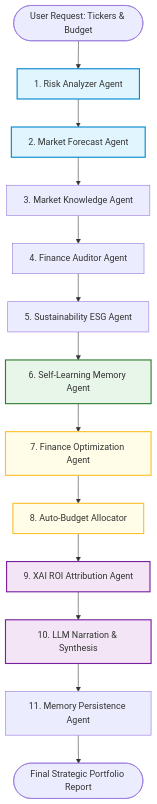
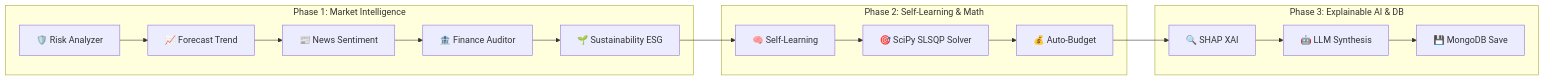
The diagram in README.md (YashChavan05/investiq), drawn with Mermaid before and after one commit.

Commit message:
docs: adjust Mermaid layout to compact horizontal grouping

````diff
--- a/README.md
+++ b/README.md
@@ -17,23 +17,22 @@
 ```mermaid
-graph TD
-    User([User Request: Tickers & Budget]) --> Risk[1. Risk Analyzer Agent]
-    Risk --> Forecast[2. Market Forecast Agent]
-    Forecast --> News[3. Market Knowledge Agent]
-    News --> Finance[4. Finance Auditor Agent]
-    Finance --> Sustainability[5. Sustainability ESG Agent]
-    Sustainability --> Learning[6. Self-Learning Memory Agent]
-    Learning --> Optimization[7. Finance Optimization Agent]
-    Optimization --> Budget[8. Auto-Budget Allocator]
-    Budget --> XAI[9. XAI ROI Attribution Agent]
-    XAI --> Narration[10. LLM Narration & Synthesis]
-    Narration --> Memory[11. Memory Persistence Agent]
-    Memory --> Out([Final Strategic Portfolio Report])
+graph LR
+    subgraph Data_Intelligence [Phase 1: Market Intelligence]
+        Risk["🛡️ Risk Analyzer"] --> Forecast["📈 Forecast Trend"]
+        Forecast --> News["📰 News Sentiment"]
+        News --> Finance["🏦 Finance Auditor"]
+        Finance --> ESG["🌱 Sustainability ESG"]
+    end
 
-    style Risk fill:#e1f5fe,stroke:#0288d1,stroke-width:2px
-    style Forecast fill:#e1f5fe,stroke:#0288d1,stroke-width:2px
-    style Learning fill:#e8f5e9,stroke:#2e7d32,stroke-width:2px
-    style Optimization fill:#fffde7,stroke:#fbc02d,stroke-width:2px
-    style Budget fill:#fffde7,stroke:#fbc02d,stroke-width:2px
-    style XAI fill:#f3e5f5,stroke:#7b1fa2,stroke-width:2px
-    style Narration fill:#f3e5f5,stroke:#7b1fa2,stroke-width:2px
+    subgraph Memory_Optimization [Phase 2: Self-Learning & Math]
+        Learning["🧠 Self-Learning"] --> Opt["🎯 SciPy SLSQP Solver"]
+        Opt --> Budget["💰 Auto-Budget"]
+    end
+
+    subgraph Attribution_Delivery [Phase 3: Explainable AI & DB]
+        XAI["🔍 SHAP XAI"] --> CentralLLM["🤖 LLM Synthesis"]
+        CentralLLM --> MemorySave["💾 MongoDB Save"]
+    end
+
+    ESG --> Learning
+    Budget --> XAI
 ```
````
